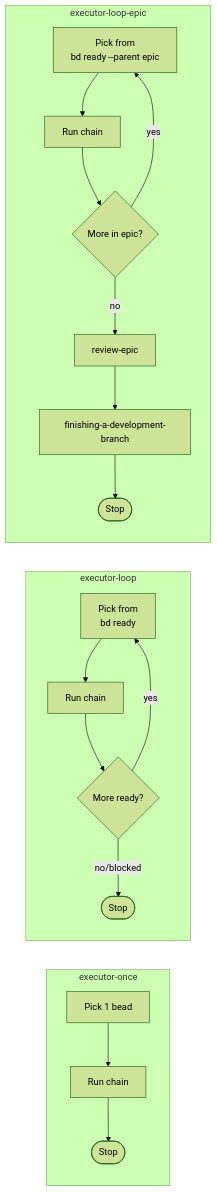
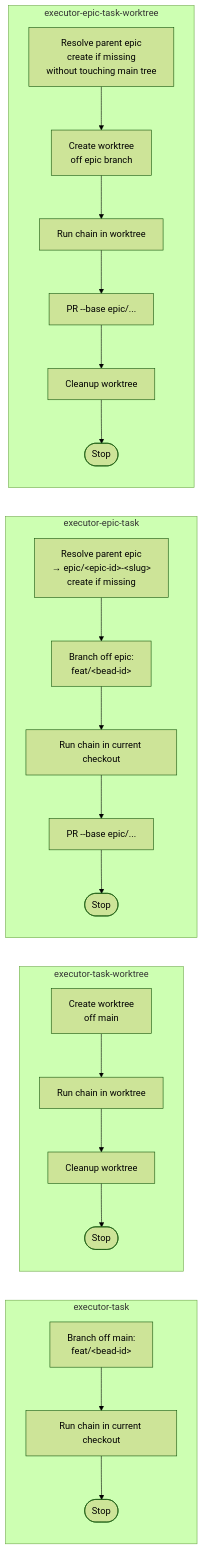
One commit to jsiovn/workflow-template changed the fourth of 5 diagrams in docs/SKILLS_RELATIONSHIPS.md. Above: the diagram before and after it, drawn with Mermaid (forest theme). The commit also changed other lines of this file and 68 other files, not shown here.

````diff
--- a/docs/SKILLS_RELATIONSHIPS.md
+++ b/docs/SKILLS_RELATIONSHIPS.md
@@ -175,16 +163,15 @@
 ```mermaid
 flowchart LR
-    subgraph EO[executor-once]
-        EOA[Pick 1 bead] --> EOB[Run chain] --> EOC([Stop])
+    subgraph ET[executor-task]
+        ETA[Branch off main:<br/>feat/&lt;bead-id&gt;] --> ETB[Run chain in current checkout] --> ETC([Stop])
     end
-    subgraph EL[executor-loop]
-        ELA[Pick from<br/>bd ready] --> ELB[Run chain] --> ELC{More ready?}
-        ELC -->|yes| ELA
-        ELC -->|no/blocked| ELD([Stop])
+    subgraph ETW[executor-task-worktree]
+        ETWA[Create worktree<br/>off main] --> ETWB[Run chain in worktree] --> ETWC[Cleanup worktree] --> ETWD([Stop])
     end
-    subgraph ELE[executor-loop-epic]
-        ELEA[Pick from<br/>bd ready --parent epic] --> ELEB[Run chain] --> ELEC{More in epic?}
-        ELEC -->|yes| ELEA
-        ELEC -->|no| ELED[review-epic] --> ELEE[finishing-a-development-branch] --> ELEF([Stop])
+    subgraph EET[executor-epic-task]
+        EETA[Resolve parent epic<br/>→ epic/&lt;epic-id&gt;-&lt;slug&gt;<br/>create if missing] --> EETB[Branch off epic:<br/>feat/&lt;bead-id&gt;] --> EETC[Run chain in current checkout] --> EETD[PR --base epic/...] --> EETE([Stop])
+    end
+    subgraph EETW[executor-epic-task-worktree]
+        EETWA[Resolve parent epic<br/>create if missing<br/>without touching main tree] --> EETWB[Create worktree<br/>off epic branch] --> EETWC[Run chain in worktree] --> EETWD[PR --base epic/...] --> EETWE[Cleanup worktree] --> EETWF([Stop])
     end
 ```
````
